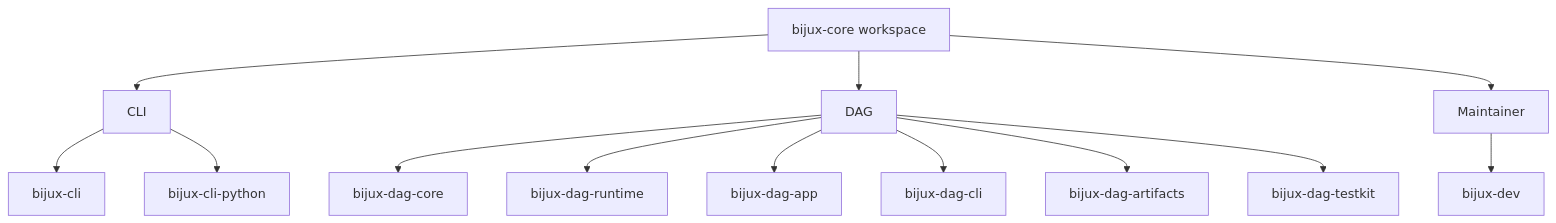
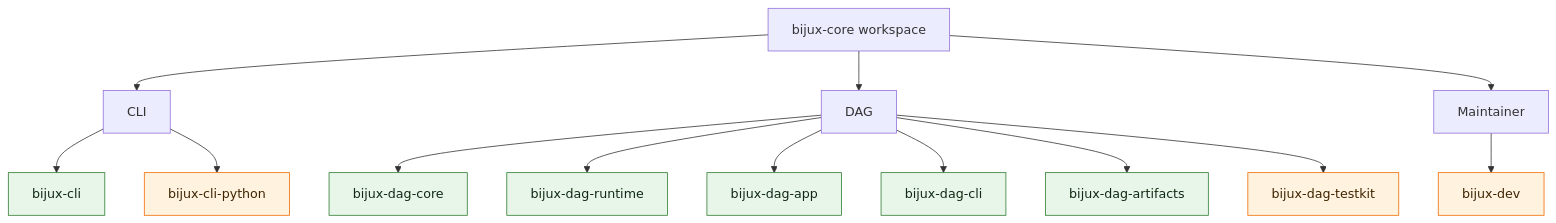
One commit to bijux/bijux-cli changed the diagram in docs/bijux-core/packages/index.md. Above: the diagram before and after it, drawn with Mermaid. The commit also changed other lines of this file and 3 other files, not shown here.

````diff
--- a/docs/bijux-core/packages/index.md
+++ b/docs/bijux-core/packages/index.md
@@ -38,16 +31,21 @@
 ```mermaid
 flowchart TB
     repo["bijux-core workspace"]
     repo --> cli["CLI"]
     repo --> dag["DAG"]
     repo --> dev["Maintainer"]
     cli --> cli_runtime["bijux-cli"]
     cli --> cli_python["bijux-cli-python"]
     dag --> dag_core["bijux-dag-core"]
     dag --> dag_runtime["bijux-dag-runtime"]
     dag --> dag_app["bijux-dag-app"]
     dag --> dag_cli["bijux-dag-cli"]
     dag --> dag_artifacts["bijux-dag-artifacts"]
     dag --> dag_testkit["bijux-dag-testkit"]
     dev --> dev_pkg["bijux-dev"]
+
+    classDef public fill:#e8f5e9,stroke:#2e7d32,color:#102a13
+    classDef private fill:#fff3e0,stroke:#ef6c00,color:#3e2400
+    class cli_runtime,dag_core,dag_runtime,dag_app,dag_cli,dag_artifacts public
+    class cli_python,dag_testkit,dev_pkg private
 ```
````
